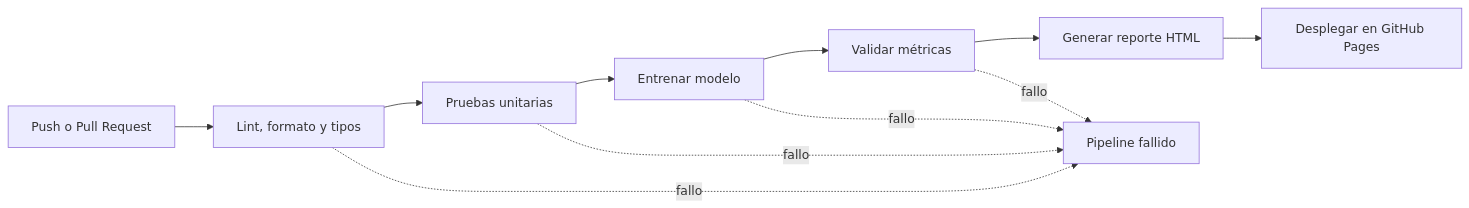
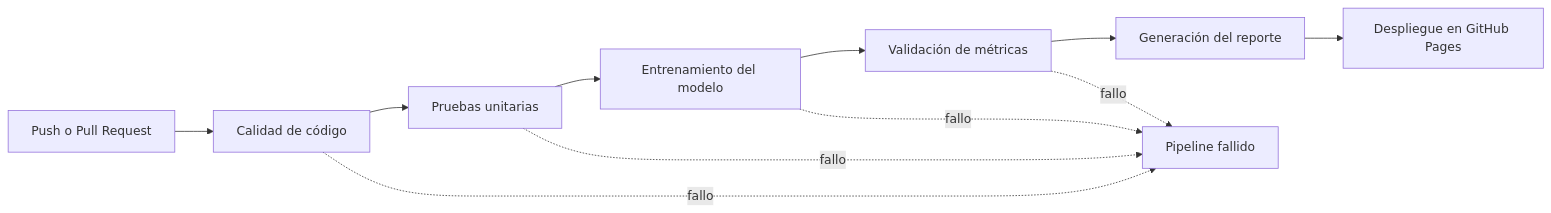
Before and after one commit to AtinareDev/mlops-ci-cd-model-monitoring: the diagram in README.md, drawn with Mermaid. The commit also changed other lines of this file, not shown here.

````diff
--- a/README.md
+++ b/README.md
@@ -51,14 +54,14 @@
 ```mermaid
 flowchart LR
-    A[Push o Pull Request] --> B[Lint, formato y tipos]
+    A[Push o Pull Request] --> B[Calidad de código]
     B --> C[Pruebas unitarias]
-    C --> D[Entrenar modelo]
-    D --> E[Validar métricas]
-    E --> F[Generar reporte HTML]
-    F --> G[Desplegar en GitHub Pages]
+    C --> D[Entrenamiento del modelo]
+    D --> E[Validación de métricas]
+    E --> F[Generación del reporte]
+    F --> G[Despliegue en GitHub Pages]
 
     B -. fallo .-> X[Pipeline fallido]
     C -. fallo .-> X
     D -. fallo .-> X
     E -. fallo .-> X
 ```
````
